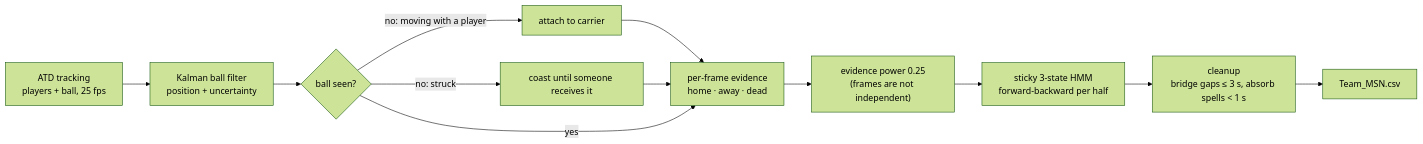
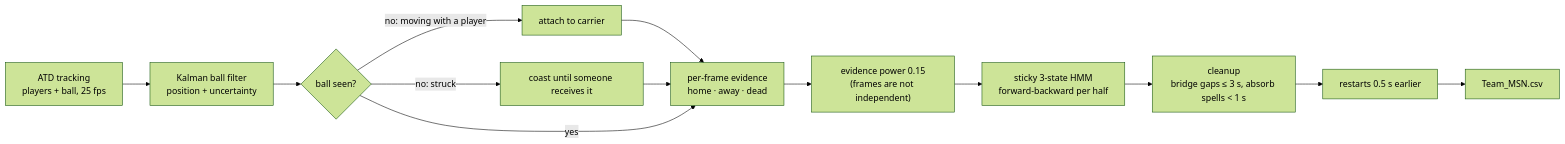
One commit to mihirruwala/more-than-a-hack changed the diagram in DESIGN_DECISIONS.md. Above: the diagram before and after it, drawn with Mermaid (forest theme). The commit also changed other lines of this file and 1 other file, not shown here.

````diff
--- a/DESIGN_DECISIONS.md
+++ b/DESIGN_DECISIONS.md
@@ -10,14 +10,15 @@
 ```mermaid
 flowchart LR
     A["ATD tracking<br/>players + ball, 25 fps"] --> B["Kalman ball filter<br/>position + uncertainty"]
     B --> C{"ball seen?"}
     C -- "no: moving with a player" --> D["attach to carrier"]
     C -- "no: struck" --> E["coast until someone receives it"]
     D --> F
     E --> F
     C -- yes --> F["per-frame evidence<br/>home · away · dead"]
-    F --> G["evidence power 0.25<br/>(frames are not independent)"]
+    F --> G["evidence power 0.15<br/>(frames are not independent)"]
     G --> H["sticky 3-state HMM<br/>forward-backward per half"]
     H --> I["cleanup<br/>bridge gaps ≤ 3 s, absorb spells < 1 s"]
-    I --> J["Team_MSN.csv"]
+    I --> K["restarts 0.5 s earlier"]
+    K --> J["Team_MSN.csv"]
 ```
````
